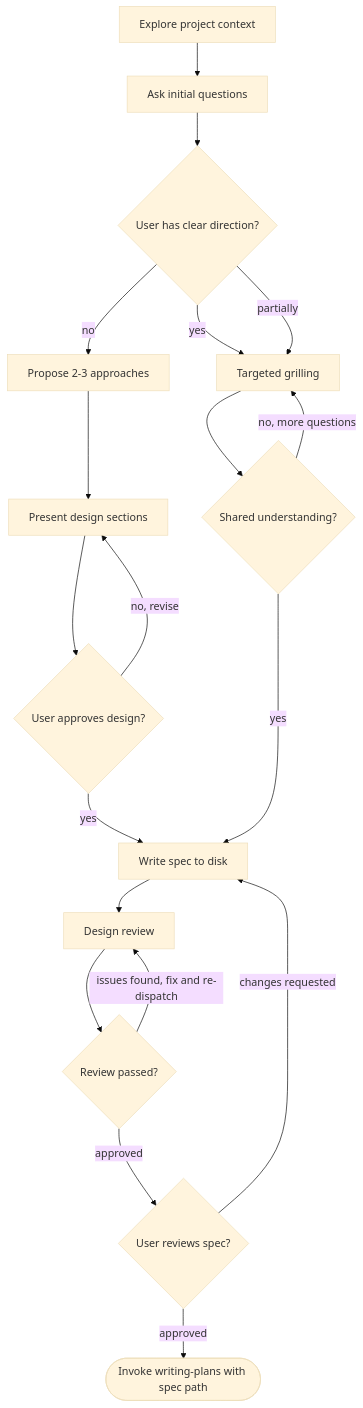
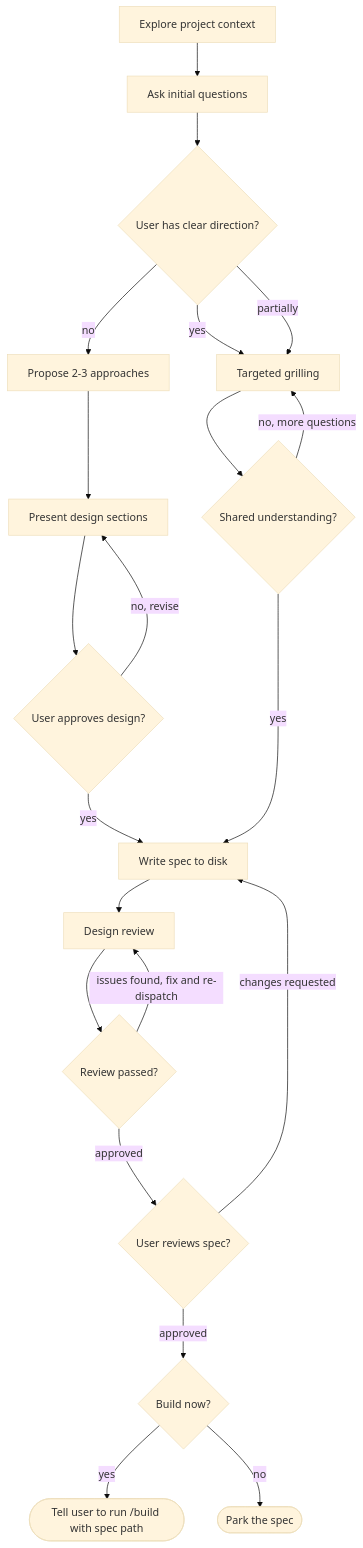
One commit to Broderick-Westrope/dotagents changed the diagram in skills/grilling/SKILL.md. Above: the diagram before and after it, drawn with Mermaid (base theme). The commit also changed other lines of this file and 37 other files, not shown here.

First line of the commit message:
Replace implementation plans with /build and add go-style (#8)

````diff
--- a/skills/grilling/SKILL.md
+++ b/skills/grilling/SKILL.md
@@ -35,21 +35,23 @@
 ```mermaid
 flowchart TD
     A[Explore project context] --> B[Ask initial questions]
     B --> C{User has clear direction?}
     C -->|yes| D[Targeted grilling]
     C -->|no| E[Propose 2-3 approaches]
     C -->|partially| D
     D --> F{Shared understanding?}
     F -->|no, more questions| D
     E --> G[Present design sections]
     G --> H{User approves design?}
     H -->|no, revise| G
     H -->|yes| I[Write spec to disk]
     F -->|yes| I
     I --> J[Design review]
     J --> K{Review passed?}
     K -->|issues found, fix and re-dispatch| J
     K -->|approved| L{User reviews spec?}
     L -->|changes requested| I
-    L -->|approved| M([Invoke writing-plans with spec path])
+    L -->|approved| M{Build now?}
+    M -->|yes| N([Tell user to run /build with spec path])
+    M -->|no| O([Park the spec])
 ```
````
